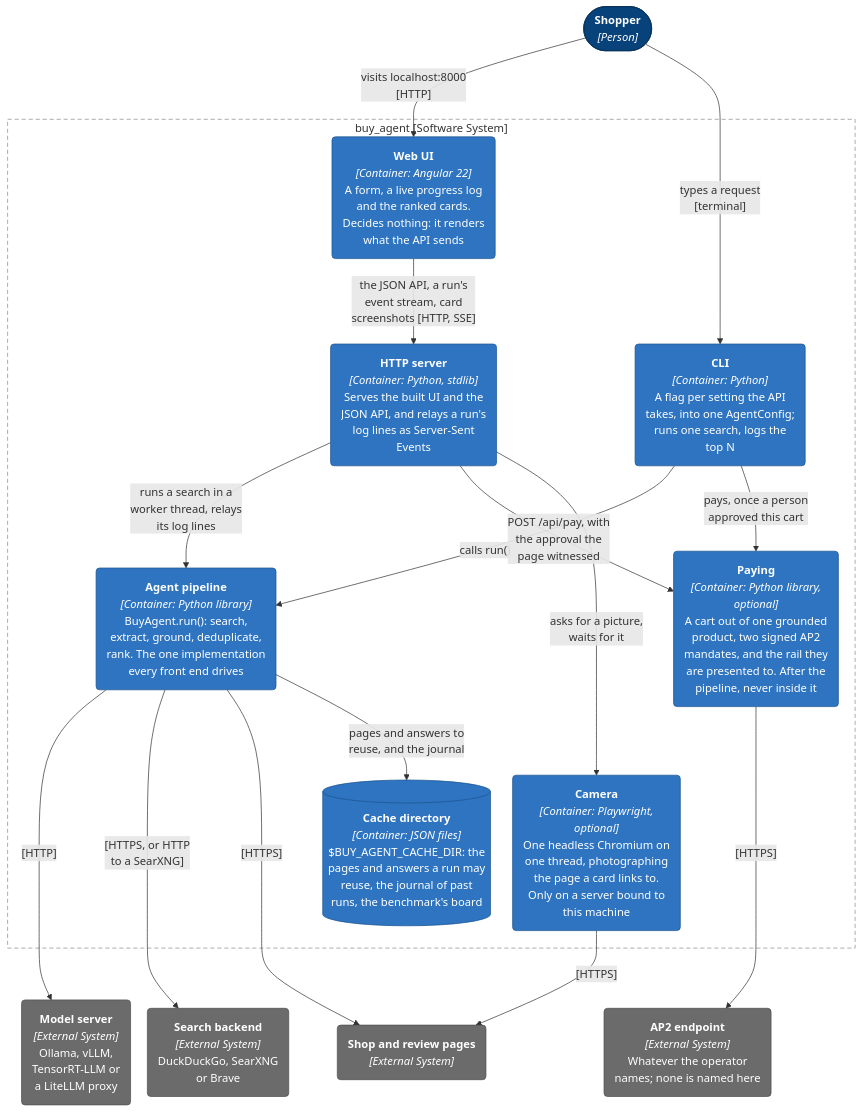
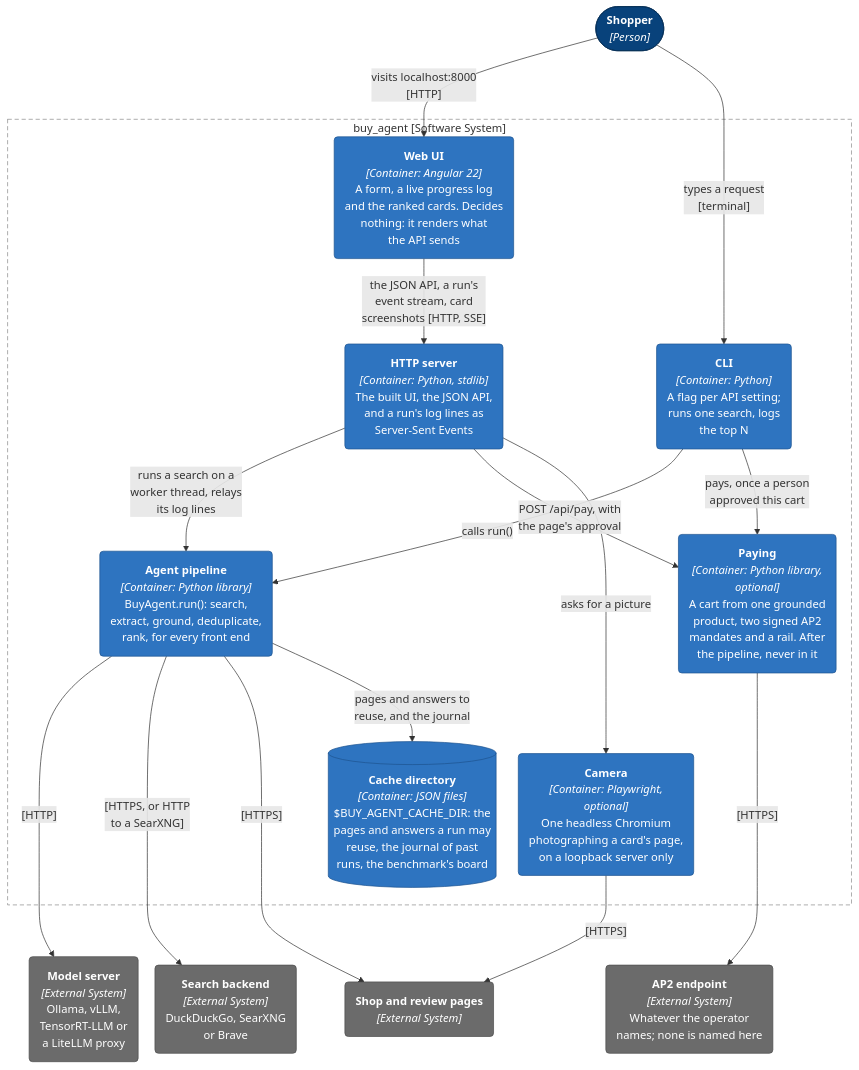
The third of 11 diagrams in docs/architecture.md (adamw7/buy_agent), drawn with Mermaid before and after one commit. The commit also changed other lines of this file and 6 other files, not shown here.

````diff
--- a/docs/architecture.md
+++ b/docs/architecture.md
@@ -99,52 +97,51 @@
 ```mermaid
 ---
 config:
   flowchart:
     wrappingWidth: 400
     nodeSpacing: 24
     rankSpacing: 50
 ---
 graph TB
     shopper(["<b>Shopper</b><br/><i>[Person]</i>"])
 
     subgraph system["buy_agent [Software System]"]
-        spa("<b>Web UI</b><br/><i>[Container: Angular 22]</i><br/>A form, a live progress log<br/>and the ranked cards.<br/>Decides nothing: it renders<br/>what the API sends")
-        cli("<b>CLI</b><br/><i>[Container: Python]</i><br/>A flag per setting the API<br/>takes, into one AgentConfig;<br/>runs one search, logs the<br/>top N")
-        server("<b>HTTP server</b><br/><i>[Container: Python, stdlib]</i><br/>Serves the built UI and the<br/>JSON API, and relays a run's<br/>log lines as Server-Sent<br/>Events")
-        paying("<b>Paying</b><br/><i>[Container: Python library,<br/>optional]</i><br/>A cart out of one grounded<br/>product, two signed AP2<br/>mandates, and the rail they<br/>are presented to. After the<br/>pipeline, never inside it")
-        pipeline("<b>Agent pipeline</b><br/><i>[Container: Python library]</i><br/>BuyAgent.run(): search,<br/>extract, ground, deduplicate,<br/>rank. The one implementation<br/>every front end drives")
-        camera("<b>Camera</b><br/><i>[Container: Playwright,<br/>optional]</i><br/>One headless Chromium on<br/>one thread, photographing<br/>the page a card links to.<br/>Only on a server bound to<br/>this machine")
+        spa("<b>Web UI</b><br/><i>[Container: Angular 22]</i><br/>A form, a live progress log<br/>and the ranked cards. Decides<br/>nothing: it renders what<br/>the API sends")
+        cli("<b>CLI</b><br/><i>[Container: Python]</i><br/>A flag per API setting;<br/>runs one search, logs<br/>the top N")
+        server("<b>HTTP server</b><br/><i>[Container: Python, stdlib]</i><br/>The built UI, the JSON API,<br/>and a run's log lines as<br/>Server-Sent Events")
+        paying("<b>Paying</b><br/><i>[Container: Python library,<br/>optional]</i><br/>A cart from one grounded<br/>product, two signed AP2<br/>mandates and a rail. After<br/>the pipeline, never in it")
+        pipeline("<b>Agent pipeline</b><br/><i>[Container: Python library]</i><br/>BuyAgent.run(): search,<br/>extract, ground, deduplicate,<br/>rank, for every front end")
+        camera("<b>Camera</b><br/><i>[Container: Playwright,<br/>optional]</i><br/>One headless Chromium<br/>photographing a card's page,<br/>on a loopback server only")
         store[("<b>Cache directory</b><br/><i>[Container: JSON files]</i><br/>$BUY_AGENT_CACHE_DIR: the<br/>pages and answers a run may<br/>reuse, the journal of past<br/>runs, the benchmark's board")]
     end
 
     ollama("<b>Model server</b><br/><i>[External System]</i><br/>Ollama, vLLM,<br/>TensorRT-LLM or<br/>a LiteLLM proxy")
     ddg("<b>Search backend</b><br/><i>[External System]</i><br/>DuckDuckGo, SearXNG<br/>or Brave")
     shops("<b>Shop and review pages</b><br/><i>[External System]</i>")
     counterparty("<b>AP2 endpoint</b><br/><i>[External System]</i><br/>Whatever the operator<br/>names; none is named here")
 
     shopper -->|"visits localhost:8000<br/>[HTTP]"| spa
     shopper -->|"types a request<br/>[terminal]"| cli
     spa -->|"the JSON API, a run's<br/>event stream, card<br/>screenshots [HTTP, SSE]"| server
     cli -->|"calls run()"| pipeline
-    server -->|"runs a search in a<br/>worker thread, relays<br/>its log lines"| pipeline
+    server -->|"runs a search on a<br/>worker thread, relays<br/>its log lines"| pipeline
     cli -->|"pays, once a person<br/>approved this cart"| paying
-    server -->|"POST /api/pay, with<br/>the approval the<br/>page witnessed"| paying
-    server -->|"asks for a picture,<br/>waits for it"| camera
+    server -->|"POST /api/pay, with<br/>the page's approval"| paying
+    server -->|"asks for a picture"| camera
 
     pipeline -->|"[HTTP]"| ollama
     pipeline -->|"[HTTPS, or HTTP<br/>to a SearXNG]"| ddg
     pipeline -->|"[HTTPS]"| shops
     pipeline -->|"pages and answers to<br/>reuse, and the journal"| store
     paying -->|"[HTTPS]"| counterparty
     camera -->|"[HTTPS]"| shops
     store ~~~ ollama & ddg & shops & counterparty
 
     classDef person fill:#08427b,stroke:#052e56,color:#fff
     classDef container fill:#2e74c0,stroke:#1d5390,color:#fff
-    classDef component fill:#85bbf0,stroke:#4f86c0,color:#000
     classDef external fill:#6b6b6b,stroke:#4d4d4d,color:#fff
     class shopper person
     class cli,spa,server,pipeline,paying,camera,store container
     class ollama,ddg,shops,counterparty external
     style system fill:none,stroke:#8c8c8c,stroke-width:1px,stroke-dasharray:6 4
 ```
````
